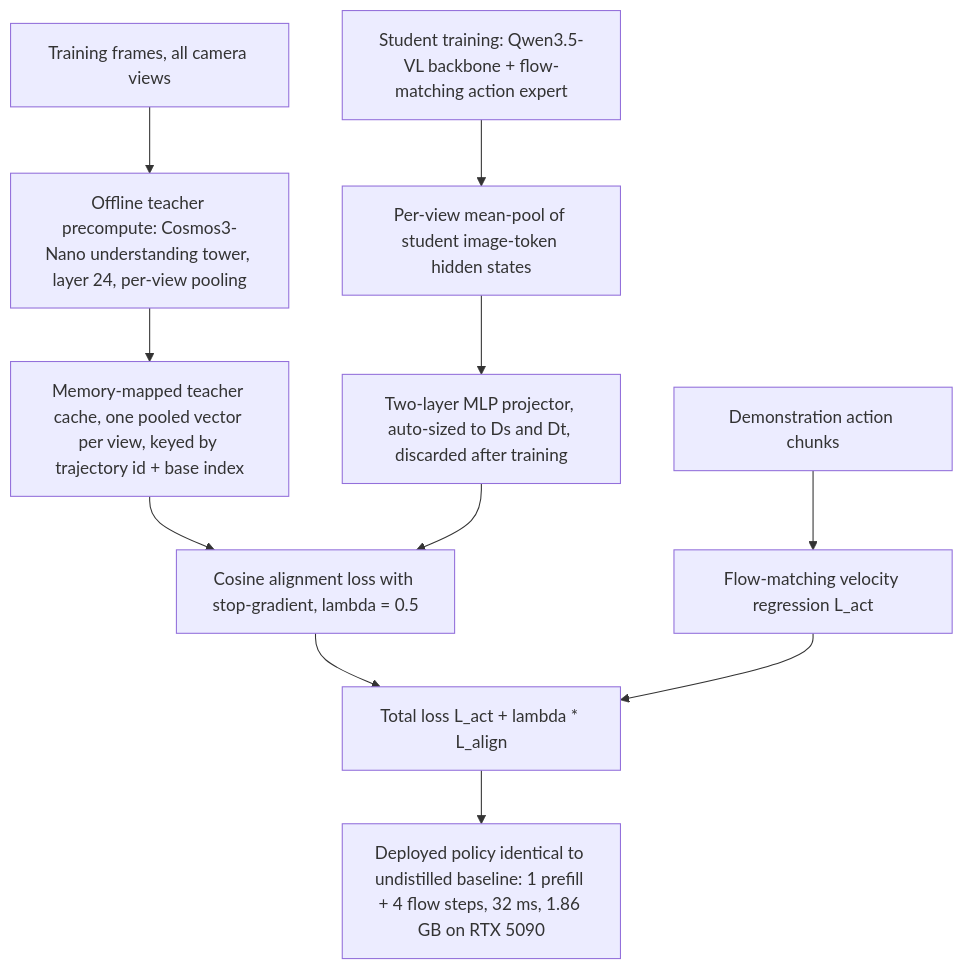
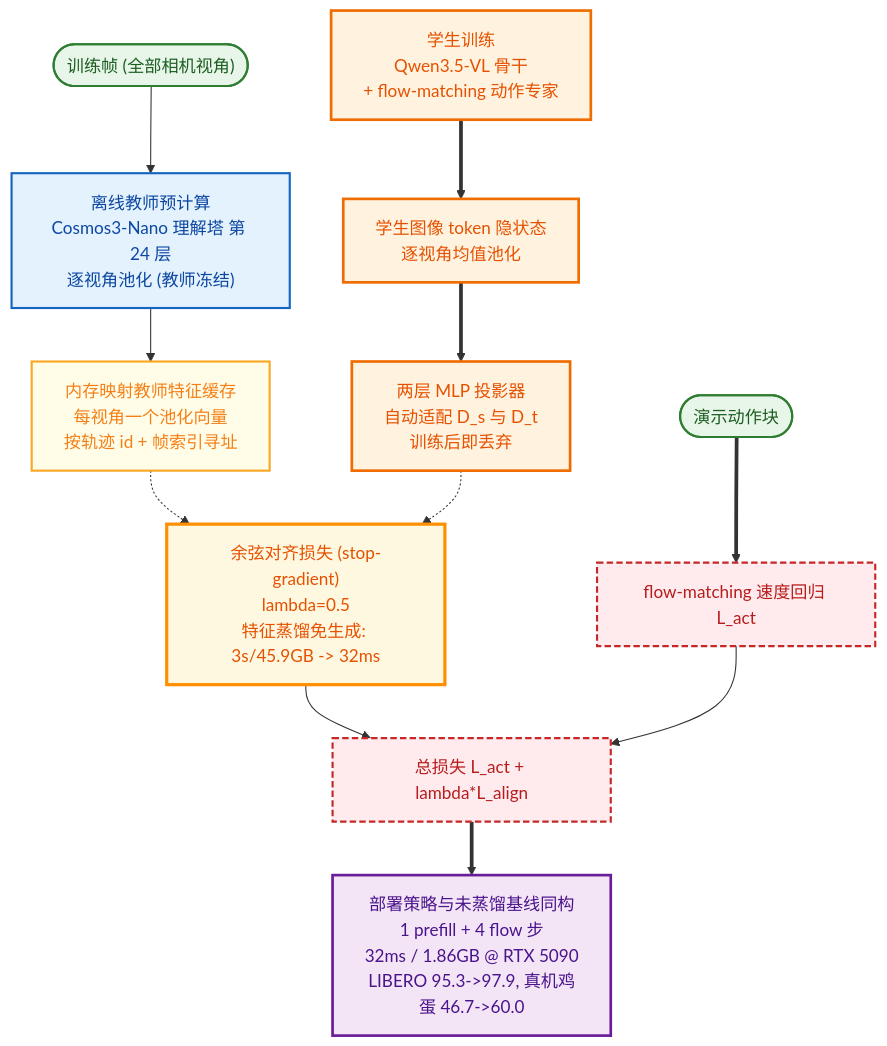
One commit to luohu-arch/physical_intelligence_study changed the diagram in notes/world-model/thinkwvla.md. Above: the diagram before and after it, drawn with Mermaid. The commit also changed 153 other files, not shown here.

````diff
--- a/notes/world-model/thinkwvla.md
+++ b/notes/world-model/thinkwvla.md
@@ -51,13 +51,39 @@
 ```mermaid
-graph TD
-    TRAIN["Training frames, all camera views"] --> TPRE["Offline teacher precompute: Cosmos3-Nano understanding tower, layer 24, per-view pooling"]
-    TPRE --> CACHE["Memory-mapped teacher cache, one pooled vector per view, keyed by trajectory id + base index"]
-    SUB["Student training: Qwen3.5-VL backbone + flow-matching action expert"] --> POOL["Per-view mean-pool of student image-token hidden states"]
-    CACHE --> COS["Cosine alignment loss with stop-gradient, lambda = 0.5"]
-    POOL --> PROJ["Two-layer MLP projector, auto-sized to Ds and Dt, discarded after training"]
-    PROJ --> COS
-    DEMO["Demonstration action chunks"] --> ACT["Flow-matching velocity regression L_act"]
-    COS --> TOT["Total loss L_act + lambda * L_align"]
+%%{init: {
+  'theme':'base',
+  'themeVariables':{
+    'primaryColor':'#fafbfd','primaryBorderColor':'#4a5d7d','primaryTextColor':'#1f2937',
+    'fontFamily':'"PingFang SC","Hiragino Sans GB","Microsoft YaHei",sans-serif',
+    'fontSize':'14px','clusterBkg':'#fbfcfe','clusterBorder':'#b9c6d8','edgeLabelBackground':'#ffffff'
+  },
+  'flowchart':{'curve':'basis','nodeSpacing':26,'rankSpacing':42,'padding':10}
+}}%%
+flowchart TD
+    TRAIN(["训练帧 (全部相机视角)"]) --> TPRE["离线教师预计算<br/>Cosmos3-Nano 理解塔 第 24 层<br/>逐视角池化 (教师冻结)"]
+    TPRE --> CACHE["内存映射教师特征缓存<br/>每视角一个池化向量<br/>按轨迹 id + 帧索引寻址"]
+    SUB["学生训练<br/>Qwen3.5-VL 骨干<br/>+ flow-matching 动作专家"] ==> POOL["学生图像 token 隐状态<br/>逐视角均值池化"]
+    CACHE -.-> COS["余弦对齐损失 (stop-gradient)<br/>lambda=0.5<br/>特征蒸馏免生成: 3s/45.9GB -> 32ms"]
+    POOL ==> PROJ["两层 MLP 投影器<br/>自动适配 D_s 与 D_t<br/>训练后即丢弃"]
+    PROJ -.-> COS
+    DEMO(["演示动作块"]) ==> ACT["flow-matching 速度回归 L_act"]
+    COS --> TOT["总损失 L_act + lambda*L_align"]
     ACT --> TOT
-    TOT --> DEPLOY["Deployed policy identical to undistilled baseline: 1 prefill + 4 flow steps, 32 ms, 1.86 GB on RTX 5090"]
+    TOT ==> DEPLOY["部署策略与未蒸馏基线同构<br/>1 prefill + 4 flow 步<br/>32ms / 1.86GB @ RTX 5090<br/>LIBERO 95.3->97.9, 真机鸡蛋 46.7->60.0"]
+
+    class TRAIN,DEMO data
+    class TPRE frozen
+    class CACHE mem
+    class SUB,POOL,PROJ train
+    class COS key
+    class ACT,TOT loss
+    class DEPLOY act
+    classDef data fill:#e8f5e9,stroke:#2e7d32,stroke-width:2px,color:#1b5e20
+    classDef frozen fill:#e3f2fd,stroke:#1565c0,stroke-width:2px,color:#0d47a1
+    classDef train fill:#fff3e0,stroke:#ef6c00,stroke-width:2.5px,color:#e65100
+    classDef loss fill:#ffebee,stroke:#c62828,stroke-width:2px,color:#b71c1c,stroke-dasharray:6 3
+    classDef act fill:#f3e5f5,stroke:#6a1b9a,stroke-width:2.5px,color:#4a148c
+    classDef key fill:#fff8e1,stroke:#ff8f00,stroke-width:3px,color:#e65100
+    classDef loop fill:#eceff1,stroke:#546e7a,stroke-width:1.5px,color:#37474f,stroke-dasharray:4 3
+    classDef env fill:#e0f2f1,stroke:#00695c,stroke-width:2px,color:#004d40
+    classDef mem fill:#fffde7,stroke:#f9a825,stroke-width:2px,color:#f57f17
 ```
````
